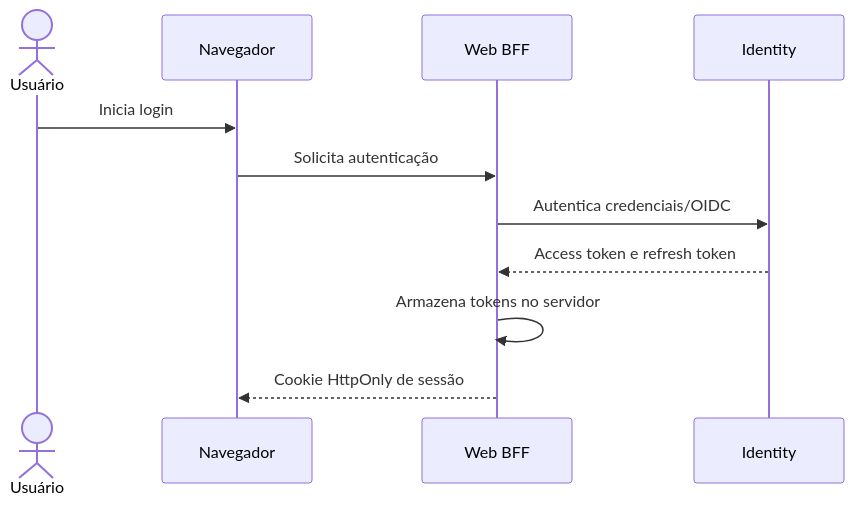
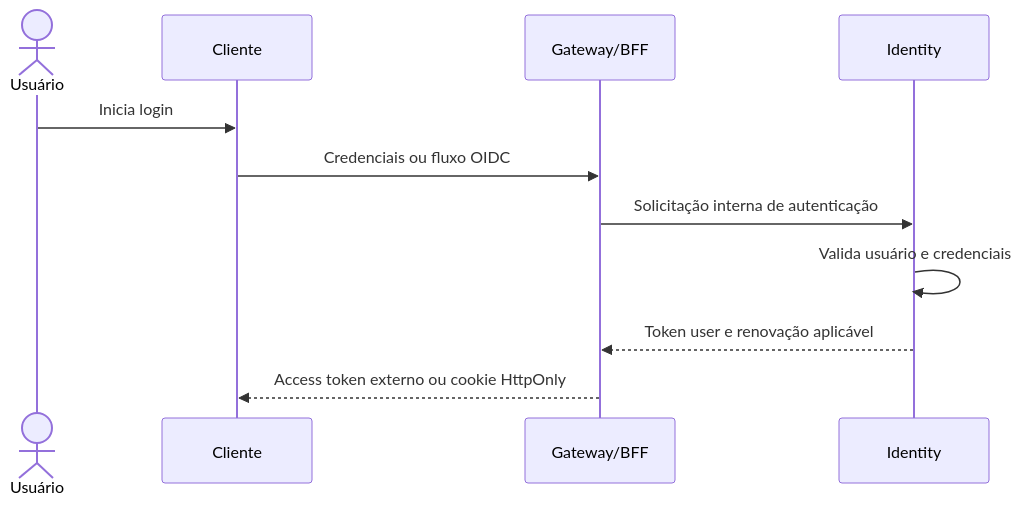
Before and after one commit to MarinsPedro/fcg-dotnet-building-blocks: the diagram in docs/architecture/target-authentication.md, drawn with Mermaid. The commit also changed other lines of this file and 19 other files, not shown here.

Commit message:
feat-enforce-user-and-service-token-model

````diff
--- a/docs/architecture/target-authentication.md
+++ b/docs/architecture/target-authentication.md
@@ -346,14 +155,14 @@
 ```mermaid
 sequenceDiagram
     actor User as Usuário
-    participant Browser as Navegador
-    participant BFF as Web BFF
+    participant Client as Cliente
+    participant Edge as Gateway/BFF
     participant Identity as Identity
 
-    User->>Browser: Inicia login
-    Browser->>BFF: Solicita autenticação
-    BFF->>Identity: Autentica credenciais/OIDC
-    Identity-->>BFF: Access token e refresh token
-    BFF->>BFF: Armazena tokens no servidor
-    BFF-->>Browser: Cookie HttpOnly de sessão
+    User->>Client: Inicia login
+    Client->>Edge: Credenciais ou fluxo OIDC
+    Edge->>Identity: Solicitação interna de autenticação
+    Identity->>Identity: Valida usuário e credenciais
+    Identity-->>Edge: Token user e renovação aplicável
+    Edge-->>Client: Access token externo ou cookie HttpOnly
 ```
````
